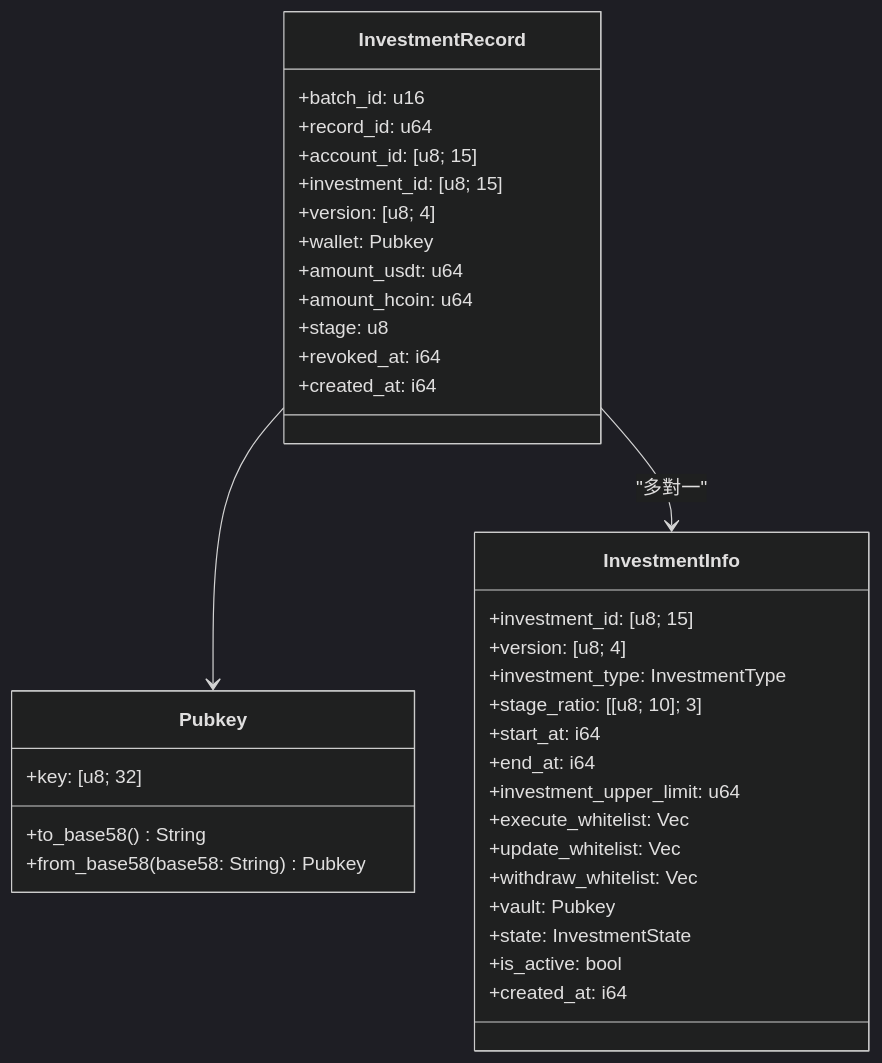
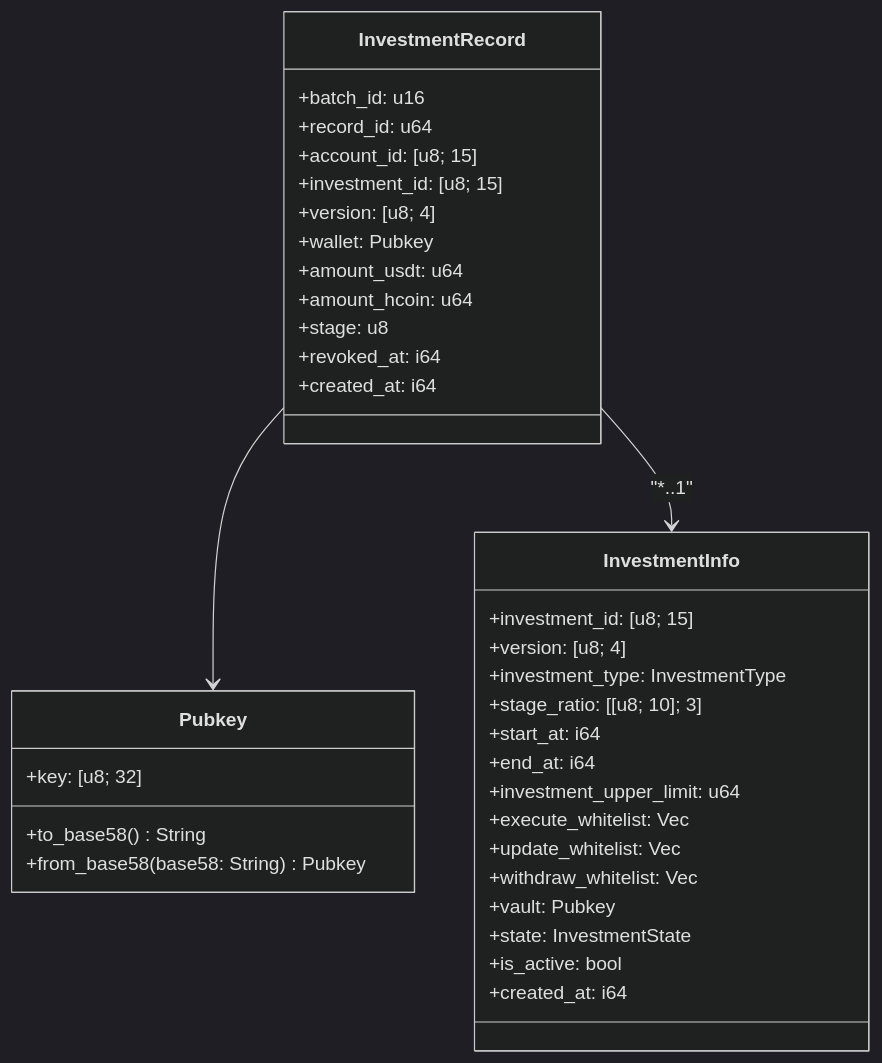
Before and after one commit to MEDIISCI/h2coin-solana-contracts: the diagram in docs/diagrams/mermaid/investment_record_class_diagram.mmd, drawn with Mermaid (dark theme). The commit also changed 2 other files, not shown here.

Commit message:
Update diagram

```diff
--- a/docs/diagrams/mermaid/investment_record_class_diagram.mmd
+++ b/docs/diagrams/mermaid/investment_record_class_diagram.mmd
@@ -1,37 +1,37 @@
 classDiagram
     class InvestmentRecord {
         +batch_id: u16
         +record_id: u64
         +account_id: [u8; 15]
         +investment_id: [u8; 15]
         +version: [u8; 4]
         +wallet: Pubkey
         +amount_usdt: u64
         +amount_hcoin: u64
         +stage: u8
         +revoked_at: i64
         +created_at: i64
     }
     class Pubkey {
         +key: [u8; 32]
         +to_base58() String
         +from_base58(base58: String) Pubkey
     }
     class InvestmentInfo {
         +investment_id: [u8; 15]
         +version: [u8; 4]
         +investment_type: InvestmentType
         +stage_ratio: [[u8; 10]; 3]
         +start_at: i64
         +end_at: i64
         +investment_upper_limit: u64
         +execute_whitelist: Vec<Pubkey>
         +update_whitelist: Vec<Pubkey>
         +withdraw_whitelist: Vec<Pubkey>
         +vault: Pubkey
         +state: InvestmentState
         +is_active: bool
         +created_at: i64
     }
     InvestmentRecord --> Pubkey
-    InvestmentRecord --> InvestmentInfo : "多對一" 
+    InvestmentRecord --> InvestmentInfo : "*..1" 
```
